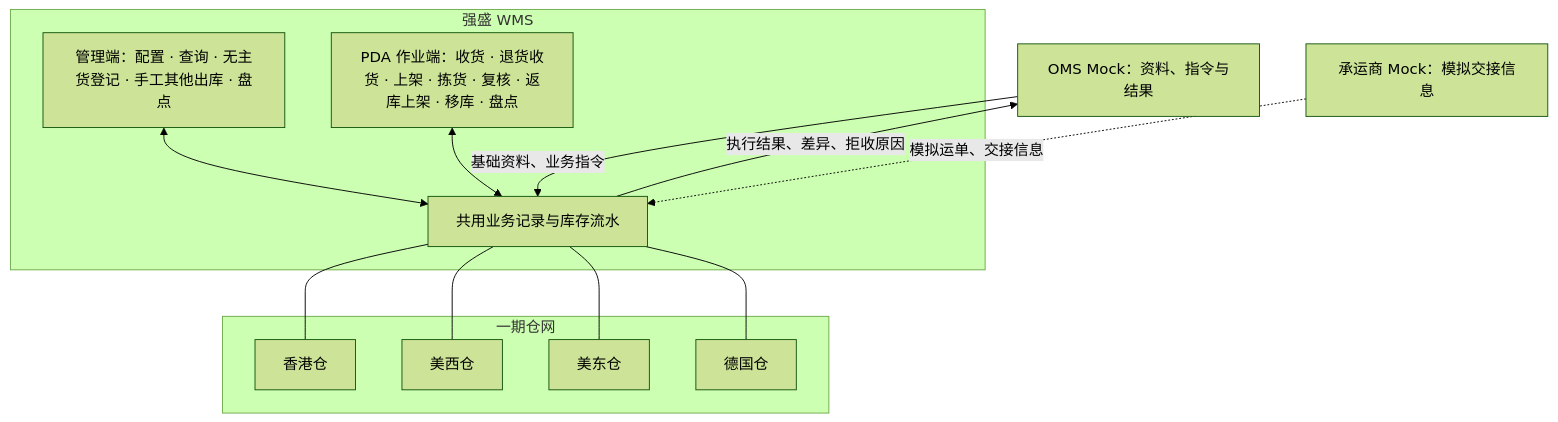
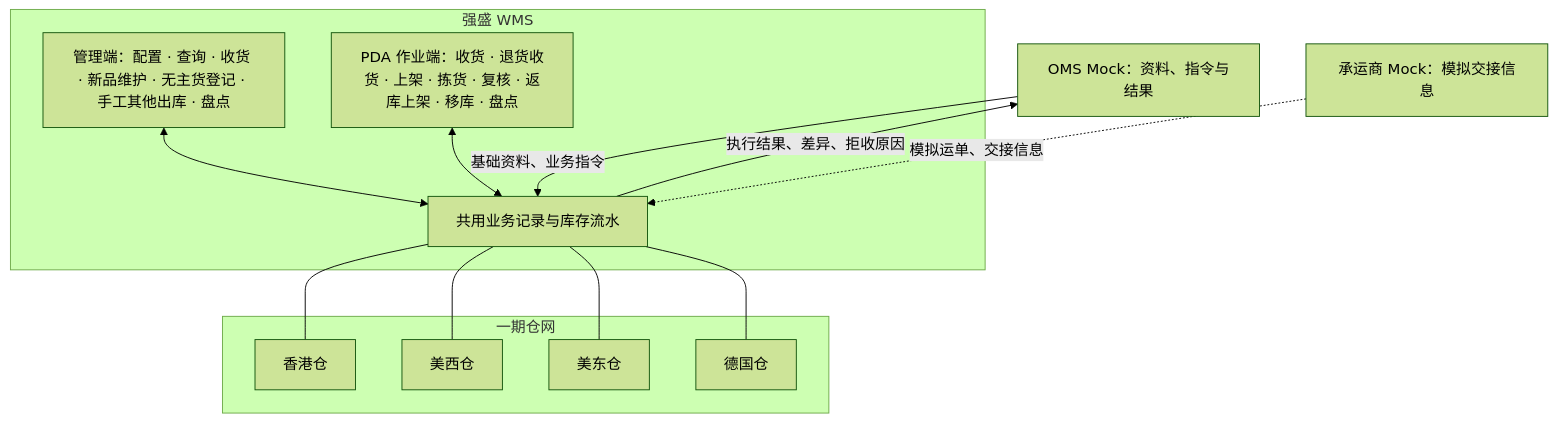
The first of 2 diagrams in 05-应用设计方案/20261002-MVP版本/系统架构设计/00-系统与模块地图.md (TopVitamin/QS-WMS-Project), drawn with Mermaid (forest theme) before and after one commit. The commit also changed other lines of this file and 139 other files, not shown here.

````diff
--- a/05-应用设计方案/20261002-MVP版本/系统架构设计/00-系统与模块地图.md
+++ b/05-应用设计方案/20261002-MVP版本/系统架构设计/00-系统与模块地图.md
@@ -17,25 +18,25 @@
 ```mermaid
 flowchart TB
     M[OMS Mock：资料、指令与结果]
     L[承运商 Mock：模拟交接信息]
     subgraph WMS[强盛 WMS]
-        A[管理端：配置 · 查询 · 无主货登记 · 手工其他出库 · 盘点]
+        A[管理端：配置 · 查询 · 收货 · 新品维护 · 无主货登记 · 手工其他出库 · 盘点]
         P[PDA 作业端：收货 · 退货收货 · 上架 · 拣货 · 复核 · 返库上架 · 移库 · 盘点]
         S[共用业务记录与库存流水]
         A <--> S
         P <--> S
     end
     subgraph 一期仓网
         HK[香港仓]
         US[美西仓]
         UE[美东仓]
         DE[德国仓]
     end
     M -->|基础资料、业务指令| S
     S -->|执行结果、差异、拒收原因| M
     L -.->|模拟运单、交接信息| S
     S --- HK
     S --- US
     S --- UE
     S --- DE
 ```
````
